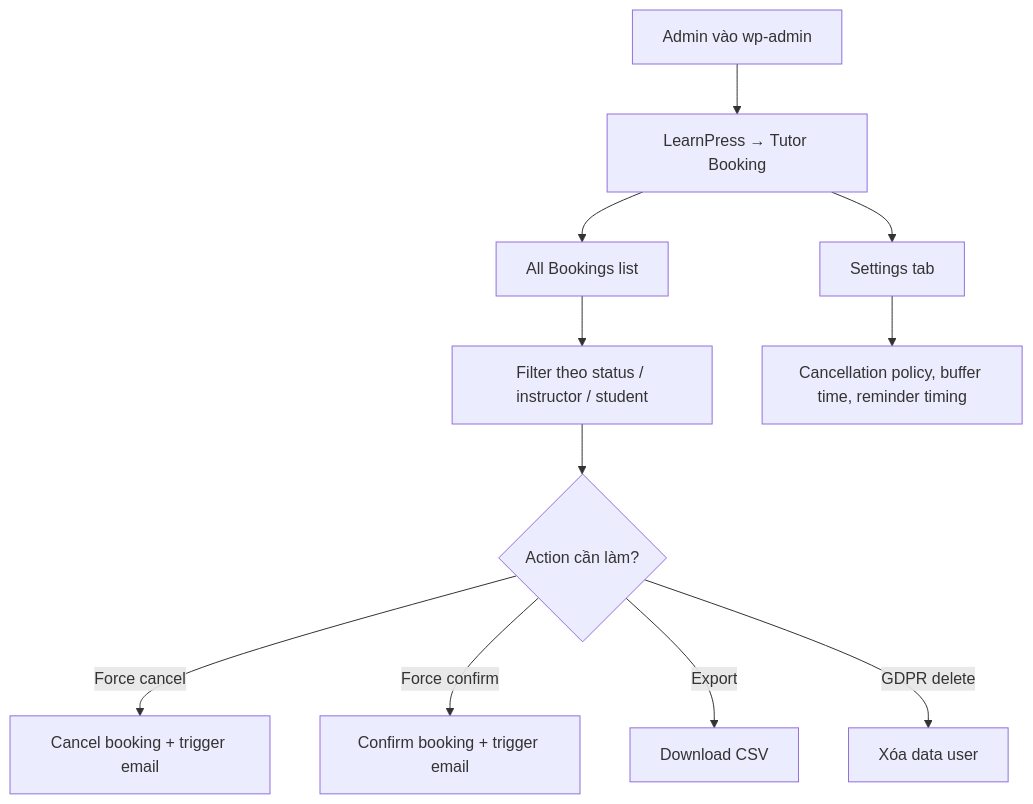
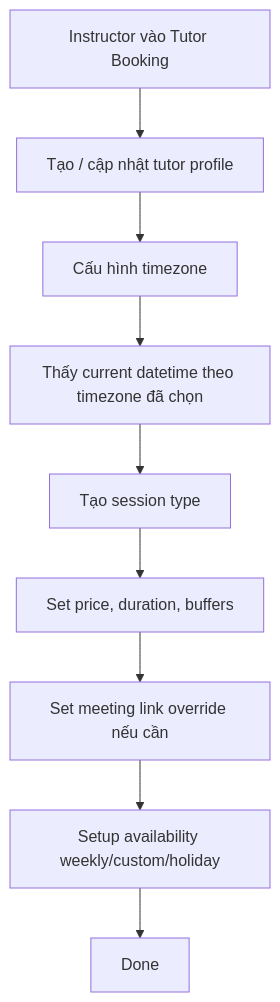
One commit to hungkieu190/ba-autospec changed the third of 3 diagrams in projects/lp-tutor-booking/output/04-ux-and-wireframe.md. Above: the diagram before and after it, drawn with Mermaid. The commit also changed other lines of this file and 2593 other files, not shown here.

````diff
--- a/projects/lp-tutor-booking/output/04-ux-and-wireframe.md
+++ b/projects/lp-tutor-booking/output/04-ux-and-wireframe.md
@@ -76,13 +53,11 @@
 ```mermaid
 flowchart TD
-    A[Admin vào wp-admin] --> B[LearnPress → Tutor Booking]
-    B --> C[All Bookings list]
-    C --> D[Filter theo status / instructor / student]
-    D --> E{Action cần làm?}
-    E -->|Force cancel| F[Cancel booking + trigger email]
-    E -->|Force confirm| G[Confirm booking + trigger email]
-    E -->|Export| H[Download CSV]
-    E -->|GDPR delete| I[Xóa data user]
-    B --> J[Settings tab]
-    J --> K[Cancellation policy, buffer time, reminder timing]
+    A[Instructor vào Tutor Booking] --> B[Tạo / cập nhật tutor profile]
+    B --> C[Cấu hình timezone]
+    C --> D[Thấy current datetime theo timezone đã chọn]
+    D --> E[Tạo session type]
+    E --> F[Set price, duration, buffers]
+    F --> G[Set meeting link override nếu cần]
+    G --> H[Setup availability weekly/custom/holiday]
+    H --> I[Done]
 ```
````
